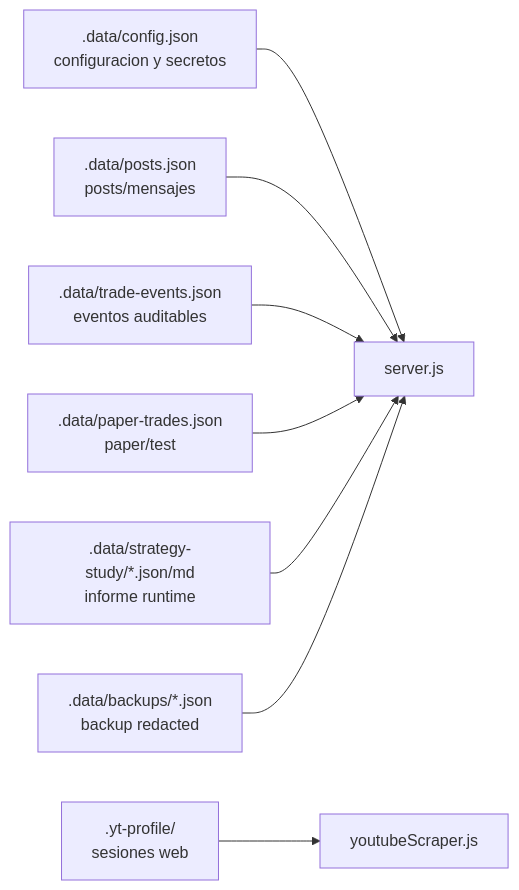
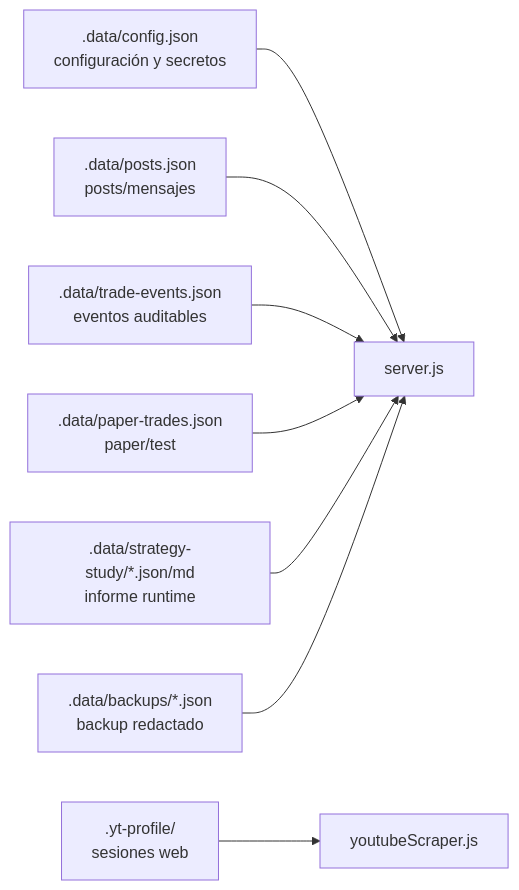
The third of 3 diagrams in docs/ARCHITECTURE.md (JotaTerrasa/yt-members-signal-trader), drawn with Mermaid before and after one commit. The commit also changed other lines of this file and 35 other files, not shown here.

````diff
--- a/docs/ARCHITECTURE.md
+++ b/docs/ARCHITECTURE.md
@@ -81,10 +81,10 @@
 ```mermaid
 flowchart LR
-  config[".data/config.json<br/>configuracion y secretos"] --> server["server.js"]
+  config[".data/config.json<br/>configuración y secretos"] --> server["server.js"]
   posts[".data/posts.json<br/>posts/mensajes"] --> server
   events[".data/trade-events.json<br/>eventos auditables"] --> server
   paper[".data/paper-trades.json<br/>paper/test"] --> server
   study[".data/strategy-study/*.json/md<br/>informe runtime"] --> server
-  backups[".data/backups/*.json<br/>backup redacted"] --> server
+  backups[".data/backups/*.json<br/>backup redactado"] --> server
   profile[".yt-profile/<br/>sesiones web"] --> scraper["youtubeScraper.js"]
 ```
````
